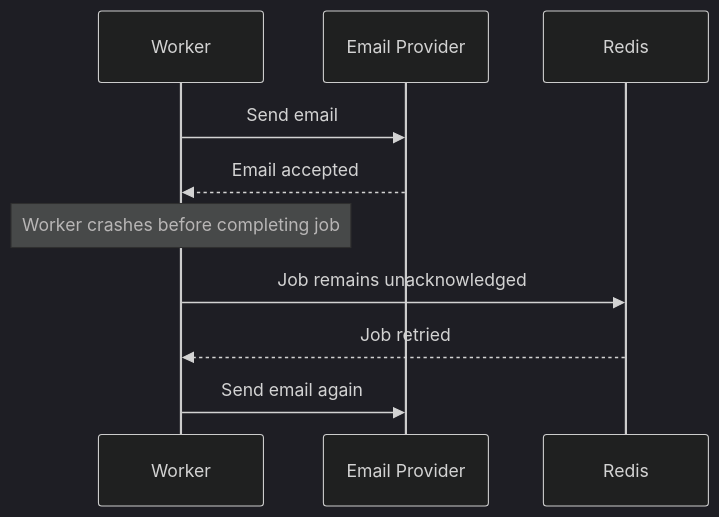
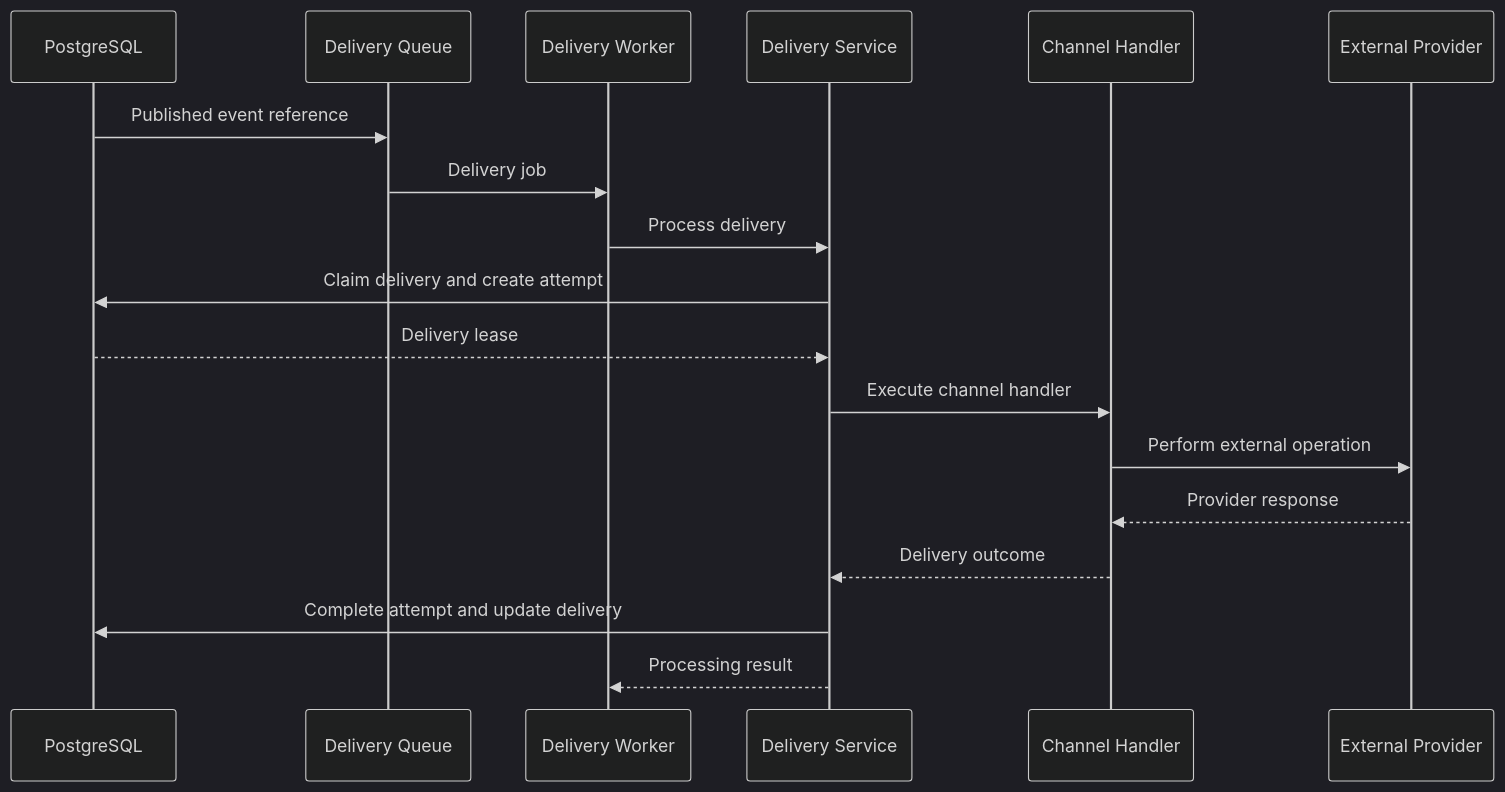
The fifth of 5 diagrams in docs/operations/background-jobs.md (Afzal14786/writespace), drawn with Mermaid (dark theme) before and after one commit. The commit also changed other lines of this file, not shown here.

````diff
--- a/docs/operations/background-jobs.md
+++ b/docs/operations/background-jobs.md
@@ -479,13 +593,23 @@
 ```mermaid
 sequenceDiagram
-    participant Worker
-    participant Provider as Email Provider
-    participant Redis
+    participant DB as PostgreSQL
+    participant Queue as Delivery Queue
+    participant Worker as Delivery Worker
+    participant Service as Delivery Service
+    participant Handler as Channel Handler
+    participant Provider as External Provider
 
-    Worker->>Provider: Send email
-    Provider-->>Worker: Email accepted
-    Note over Worker: Worker crashes before completing job
-    Worker->>Redis: Job remains unacknowledged
-    Redis-->>Worker: Job retried
-    Worker->>Provider: Send email again
+    DB->>Queue: Published event reference
+    Queue->>Worker: Delivery job
+    Worker->>Service: Process delivery
+    Service->>DB: Claim delivery and create attempt
+    DB-->>Service: Delivery lease
+
+    Service->>Handler: Execute channel handler
+    Handler->>Provider: Perform external operation
+    Provider-->>Handler: Provider response
+
+    Handler-->>Service: Delivery outcome
+    Service->>DB: Complete attempt and update delivery
+    Service-->>Worker: Processing result
 ```
````
